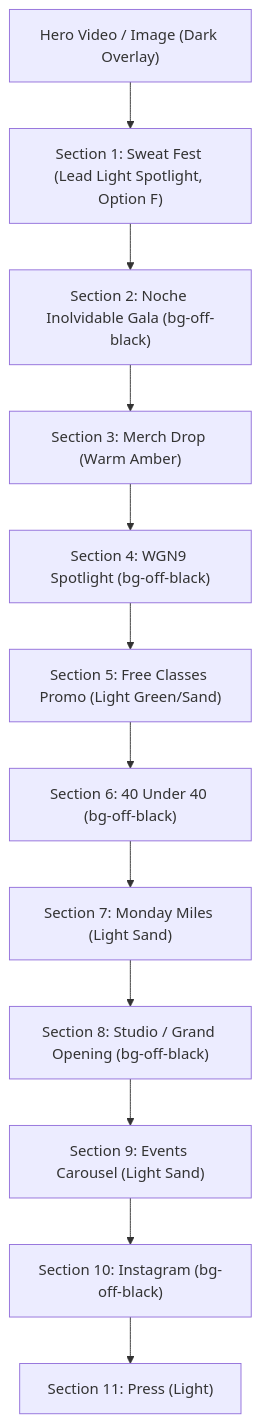
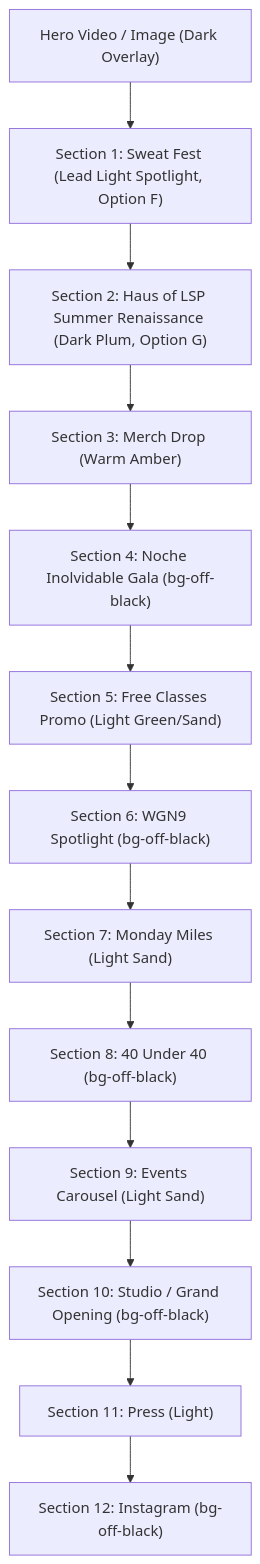
The first of 3 diagrams in design.md (awaisqazi/latinasweatproject), drawn with Mermaid before and after one commit. The commit also changed other lines of this file and 14 other files, not shown here.

First line of the commit message:
Haus of LSP: Summer Renaissance launch across the site

````diff
--- a/design.md
+++ b/design.md
@@ -34,14 +34,15 @@
 ```mermaid
 graph TD
     Hero["Hero Video / Image (Dark Overlay)"] --> Sec1["Section 1: Sweat Fest (Lead Light Spotlight, Option F)"]
-    Sec1 --> Sec2["Section 2: Noche Inolvidable Gala (bg-off-black)"]
+    Sec1 --> Sec2["Section 2: Haus of LSP Summer Renaissance (Dark Plum, Option G)"]
     Sec2 --> Sec3["Section 3: Merch Drop (Warm Amber)"]
-    Sec3 --> Sec4["Section 4: WGN9 Spotlight (bg-off-black)"]
+    Sec3 --> Sec4["Section 4: Noche Inolvidable Gala (bg-off-black)"]
     Sec4 --> Sec5["Section 5: Free Classes Promo (Light Green/Sand)"]
-    Sec5 --> Sec6["Section 6: 40 Under 40 (bg-off-black)"]
+    Sec5 --> Sec6["Section 6: WGN9 Spotlight (bg-off-black)"]
     Sec6 --> Sec7["Section 7: Monday Miles (Light Sand)"]
-    Sec7 --> Sec8["Section 8: Studio / Grand Opening (bg-off-black)"]
+    Sec7 --> Sec8["Section 8: 40 Under 40 (bg-off-black)"]
     Sec8 --> Sec9["Section 9: Events Carousel (Light Sand)"]
-    Sec9 --> Sec10["Section 10: Instagram (bg-off-black)"]
+    Sec9 --> Sec10["Section 10: Studio / Grand Opening (bg-off-black)"]
     Sec10 --> Sec11["Section 11: Press (Light)"]
+    Sec11 --> Sec12["Section 12: Instagram (bg-off-black)"]
 ```
````
